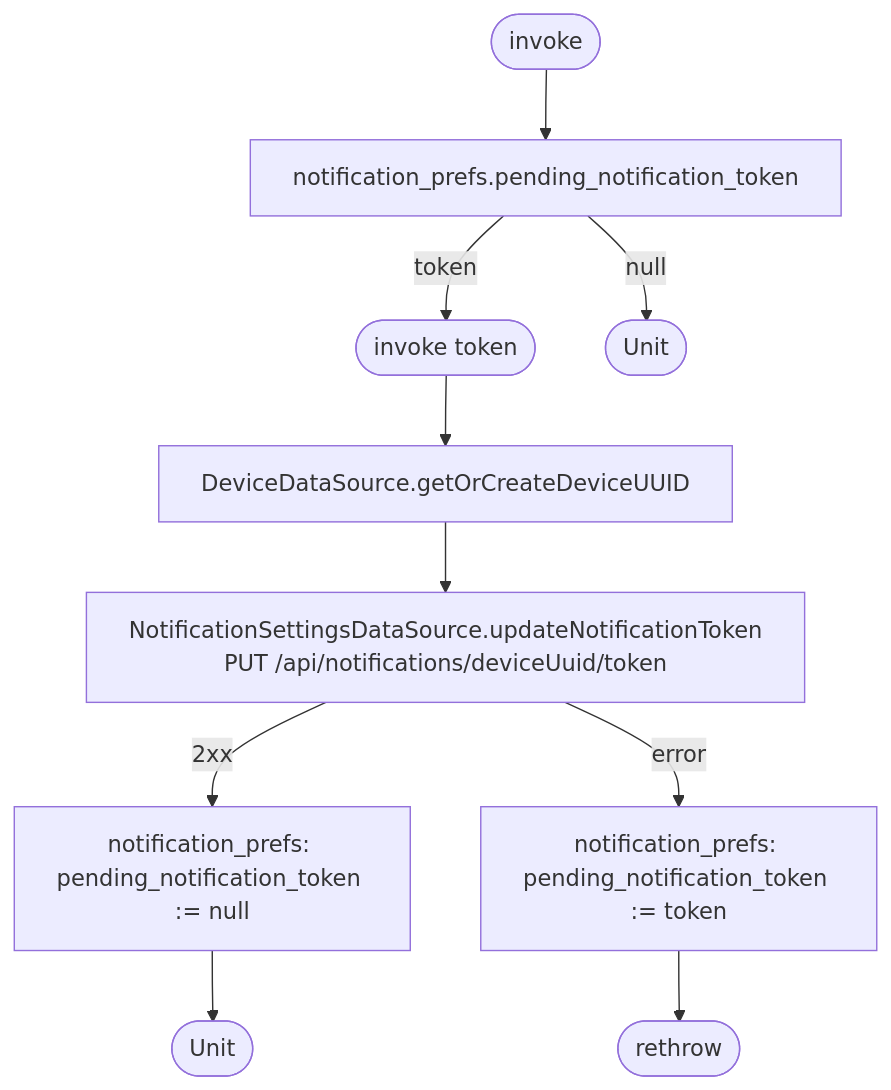
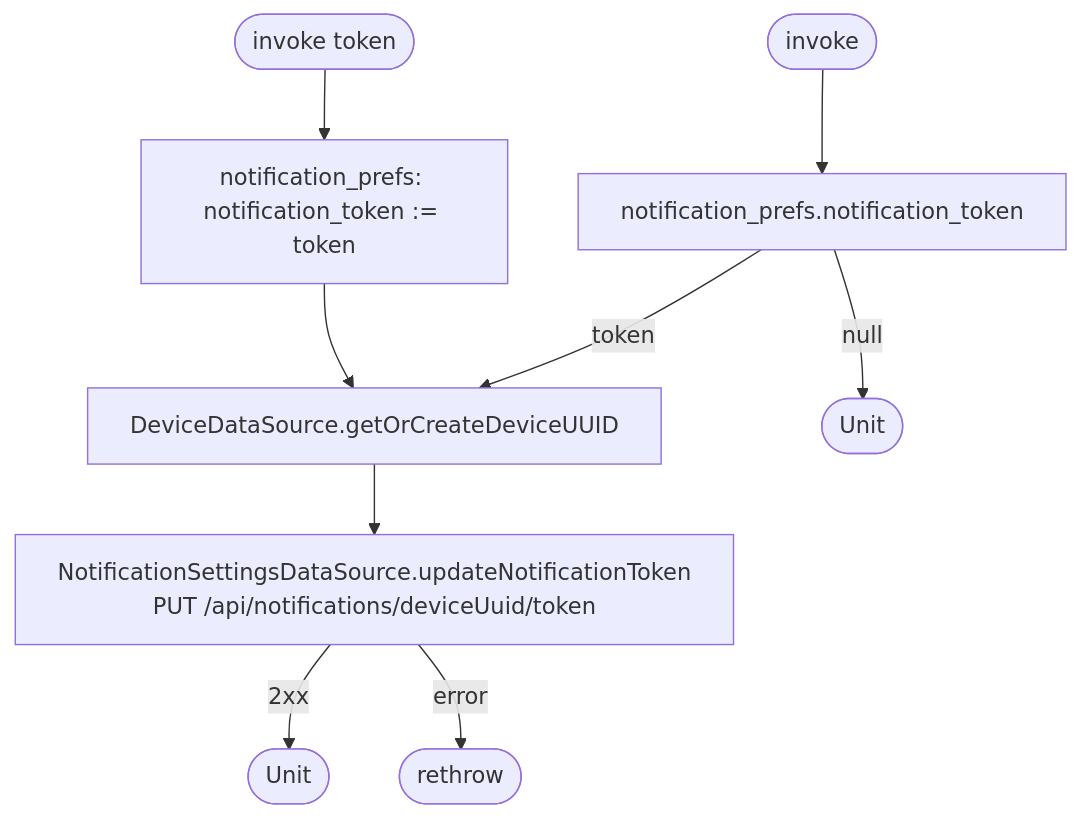
One commit to nocturneproperties/bookkme-client changed the diagram in docs/operations/settings/update-notification-token.md. Above: the diagram before and after it, drawn with Mermaid. The commit also changed other lines of this file and 9 other files, not shown here.

Commit message:
[ISSUE-185] update notification token on data sync

````diff
--- a/docs/operations/settings/update-notification-token.md
+++ b/docs/operations/settings/update-notification-token.md
@@ -12,11 +15,13 @@
 ```mermaid
 flowchart TD
-    A([invoke token]) --> Dev[DeviceDataSource.getOrCreateDeviceUUID]
-    Dev --> Net[NotificationSettingsDataSource.updateNotificationToken<br/>PUT /api/notifications/deviceUuid/token]
-    Net -- 2xx --> Clr[notification_prefs: pending_notification_token := null] --> R([Unit])
-    Net -- error --> Keep[notification_prefs: pending_notification_token := token] --> EX([rethrow])
+    A([invoke token]) --> Save[notification_prefs: notification_token := token]
+    Save --> Up
 
-    B([invoke]) --> Pend[notification_prefs.pending_notification_token]
-    Pend -- null --> Noop([Unit])
-    Pend -- token --> A
+    B([invoke]) --> Stored[notification_prefs.notification_token]
+    Stored -- null --> Noop([Unit])
+    Stored -- token --> Up
+
+    Up[DeviceDataSource.getOrCreateDeviceUUID] --> Net[NotificationSettingsDataSource.updateNotificationToken<br/>PUT /api/notifications/deviceUuid/token]
+    Net -- 2xx --> R([Unit])
+    Net -- error --> EX([rethrow])
 ```
````
